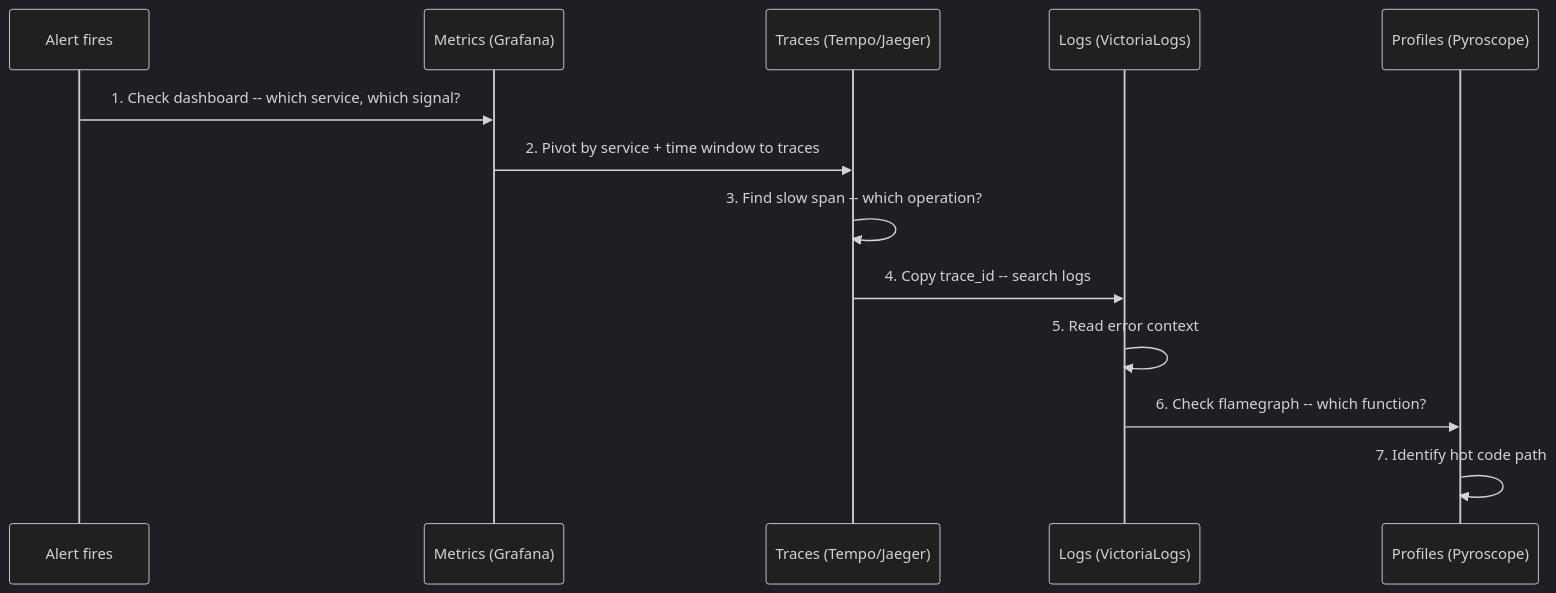
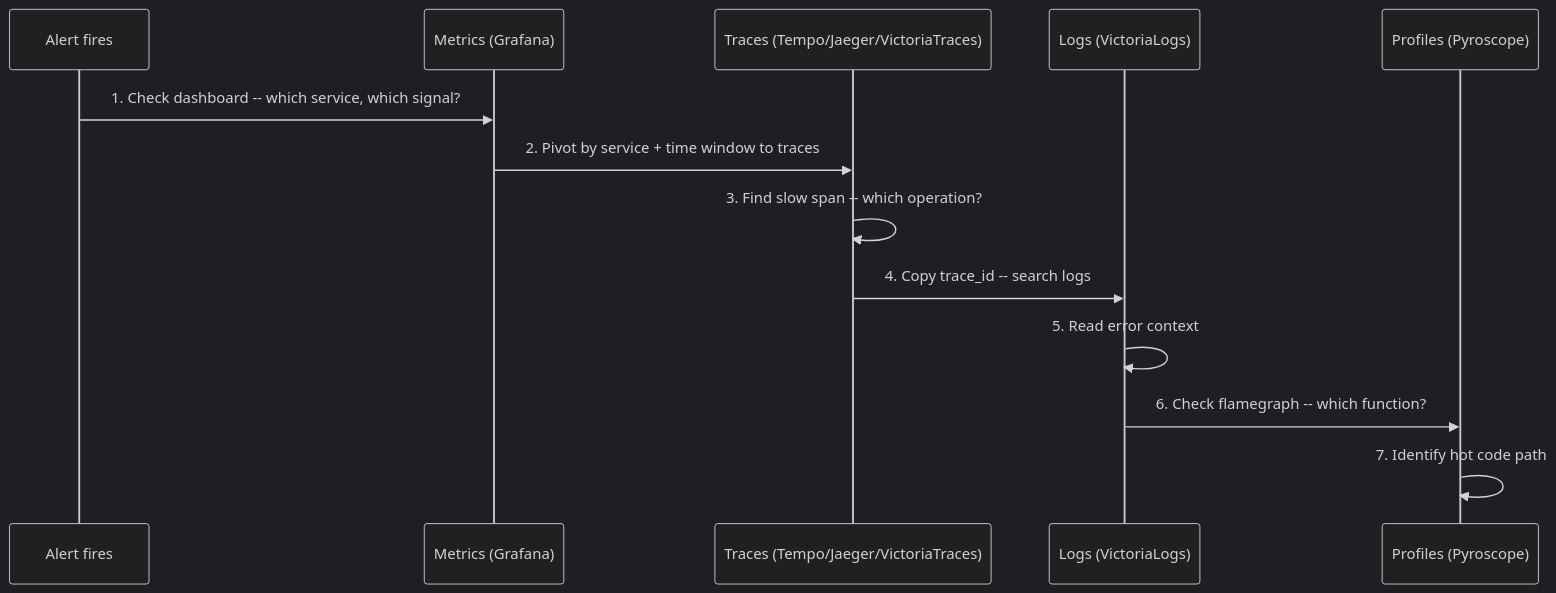
Before and after one commit to duynhlab/homelab: the sixth of 6 diagrams in docs/observability/README.md, drawn with Mermaid (dark theme). The commit also changed other lines of this file and 33 other files, not shown here.

First line of the commit message:
Refresh observability diagrams (#516)

````diff
--- a/docs/observability/README.md
+++ b/docs/observability/README.md
@@ -387,16 +416,16 @@
 ```mermaid
 sequenceDiagram
     participant A as Alert fires
     participant M as Metrics (Grafana)
-    participant T as Traces (Tempo/Jaeger)
+    participant T as Traces (Tempo/Jaeger/VictoriaTraces)
     participant L as Logs (VictoriaLogs)
     participant P as Profiles (Pyroscope)
 
     A->>M: 1. Check dashboard -- which service, which signal?
     M->>T: 2. Pivot by service + time window to traces
     T->>T: 3. Find slow span -- which operation?
     T->>L: 4. Copy trace_id -- search logs
     L->>L: 5. Read error context
     L->>P: 6. Check flamegraph -- which function?
     P->>P: 7. Identify hot code path
 ```
````
